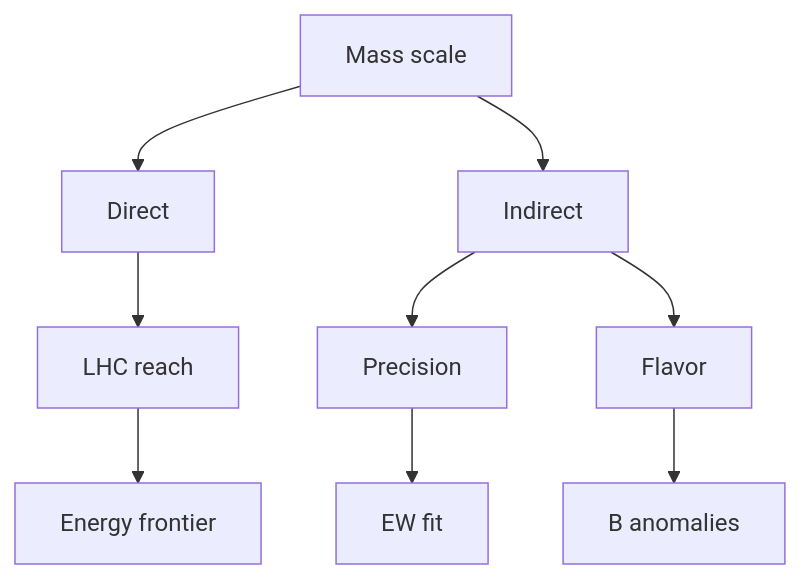
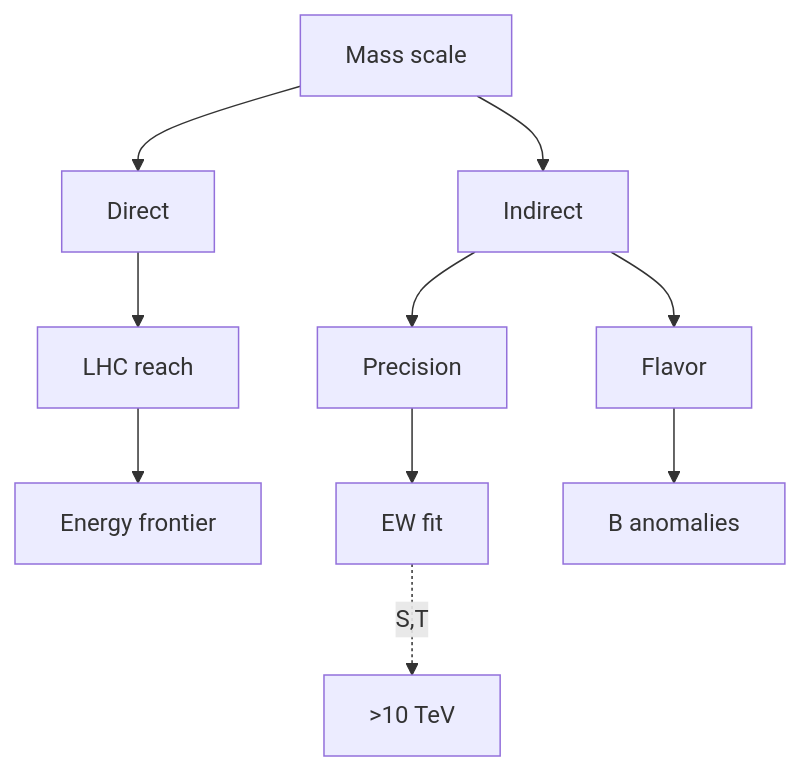
One commit to yip-lgtm/PhysicsSelfStudy changed the fifth of 5 diagrams in 03_MSc_Physics/electives/MSPY_6610_Particle_Physics_Phenomenology/README.md. Above: the diagram before and after it, drawn with Mermaid. The commit also changed other lines of this file and 17 other files, not shown here.

````diff
--- a/03_MSc_Physics/electives/MSPY_6610_Particle_Physics_Phenomenology/README.md
+++ b/03_MSc_Physics/electives/MSPY_6610_Particle_Physics_Phenomenology/README.md
@@ -295,11 +438,12 @@
 ```mermaid
 graph TD
     A[Mass scale] --> B[Direct]
     A --> C[Indirect]
     B --> D[LHC reach]
     C --> E[Precision]
     C --> F[Flavor]
     D --> G[Energy frontier]
     E --> H[EW fit]
     F --> I[B anomalies]
+    H -.->|S,T| J[>10 TeV]
 ```
````
